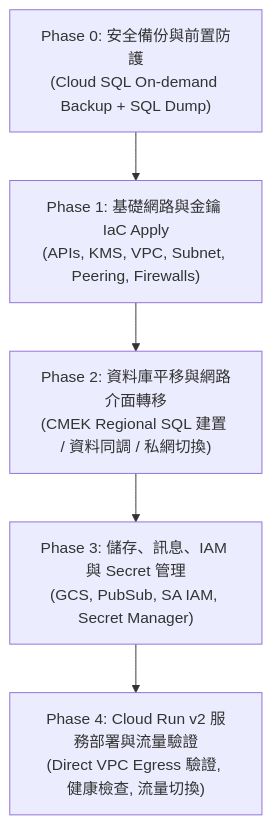
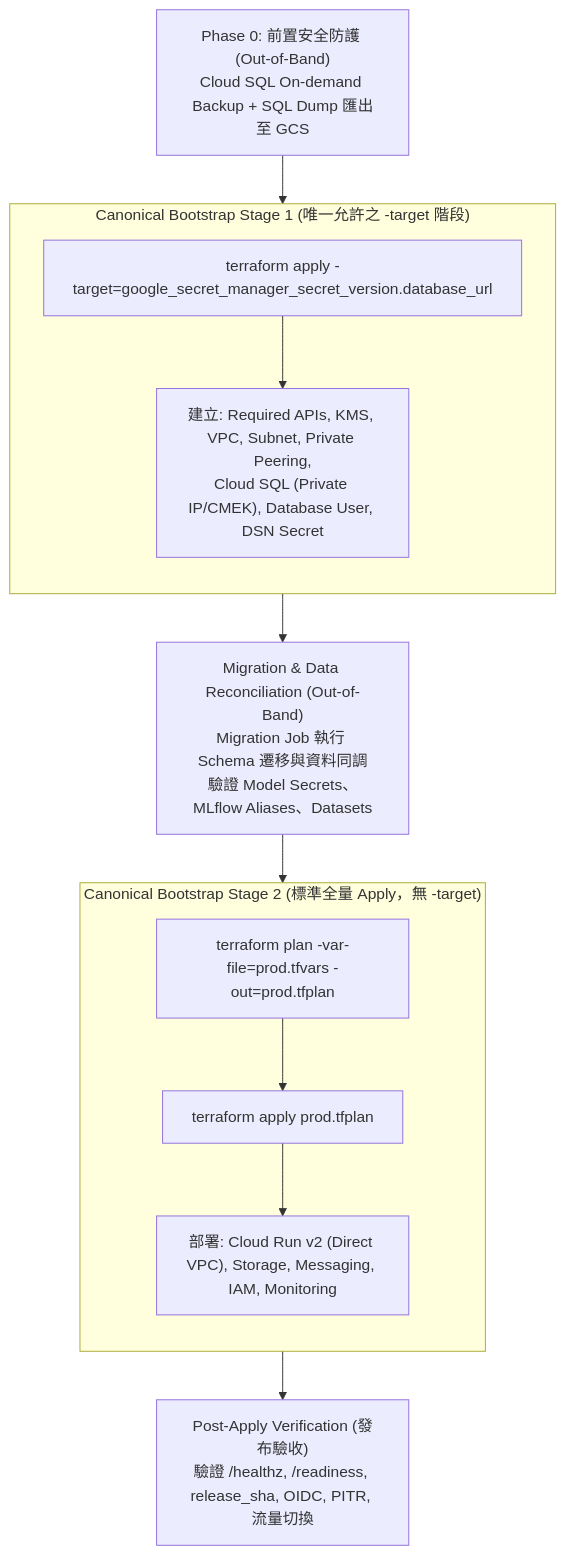
Before and after one commit to alfloop-dev/odayplus: the second of 2 diagrams in docs/evidence/runtime/ODP-PROD-NETWORK-PARITY-PLAN-001/README.md, drawn with Mermaid. The commit also changed other lines of this file and 2 other files, not shown here.

First line of the commit message:
ODP-PROD-NETWORK-PARITY-PLAN-001: 依據審查意見修訂網路落差與 apply 計畫

````diff
--- a/docs/evidence/runtime/ODP-PROD-NETWORK-PARITY-PLAN-001/README.md
+++ b/docs/evidence/runtime/ODP-PROD-NETWORK-PARITY-PLAN-001/README.md
@@ -393,7 +441,25 @@
 ```mermaid
 flowchart TD
-    P0["Phase 0: 安全備份與前置防護<br>(Cloud SQL On-demand Backup + SQL Dump)"] --> P1["Phase 1: 基礎網路與金鑰 IaC Apply<br>(APIs, KMS, VPC, Subnet, Peering, Firewalls)"]
-    P1 --> P2["Phase 2: 資料庫平移與網路介面轉移<br>(CMEK Regional SQL 建置 / 資料同調 / 私網切換)"]
-    P2 --> P3["Phase 3: 儲存、訊息、IAM 與 Secret 管理<br>(GCS, PubSub, SA IAM, Secret Manager)"]
-    P3 --> P4["Phase 4: Cloud Run v2 服務部署與流量驗證<br>(Direct VPC Egress 驗證, 健康檢查, 流量切換)"]
+    P0["Phase 0: 前置安全防護 (Out-of-Band)<br>Cloud SQL On-demand Backup + SQL Dump 匯出至 GCS"] --> S1
+    
+    subgraph S1["Canonical Bootstrap Stage 1 (唯一允許之 -target 階段)"]
+        direction TB
+        S1_1["terraform apply -target=google_secret_manager_secret_version.database_url"]
+        S1_2["建立: Required APIs, KMS, VPC, Subnet, Private Peering,<br>Cloud SQL (Private IP/CMEK), Database User, DSN Secret"]
+        S1_1 --> S1_2
+    end
+    
+    S1 --> M["Migration & Data Reconciliation (Out-of-Band)<br>Migration Job 執行 Schema 遷移與資料同調<br>驗證 Model Secrets、MLflow Aliases、Datasets"]
+    
+    M --> S2
+    
+    subgraph S2["Canonical Bootstrap Stage 2 (標準全量 Apply，無 -target)"]
+        direction TB
+        S2_1["terraform plan -var-file=prod.tfvars -out=prod.tfplan"]
+        S2_2["terraform apply prod.tfplan"]
+        S2_3["部署: Cloud Run v2 (Direct VPC), Storage, Messaging, IAM, Monitoring"]
+        S2_1 --> S2_2 --> S2_3
+    end
+    
+    S2 --> V["Post-Apply Verification (發布驗收)<br>驗證 /healthz, /readiness, release_sha, OIDC, PITR, 流量切換"]
 ```
````
